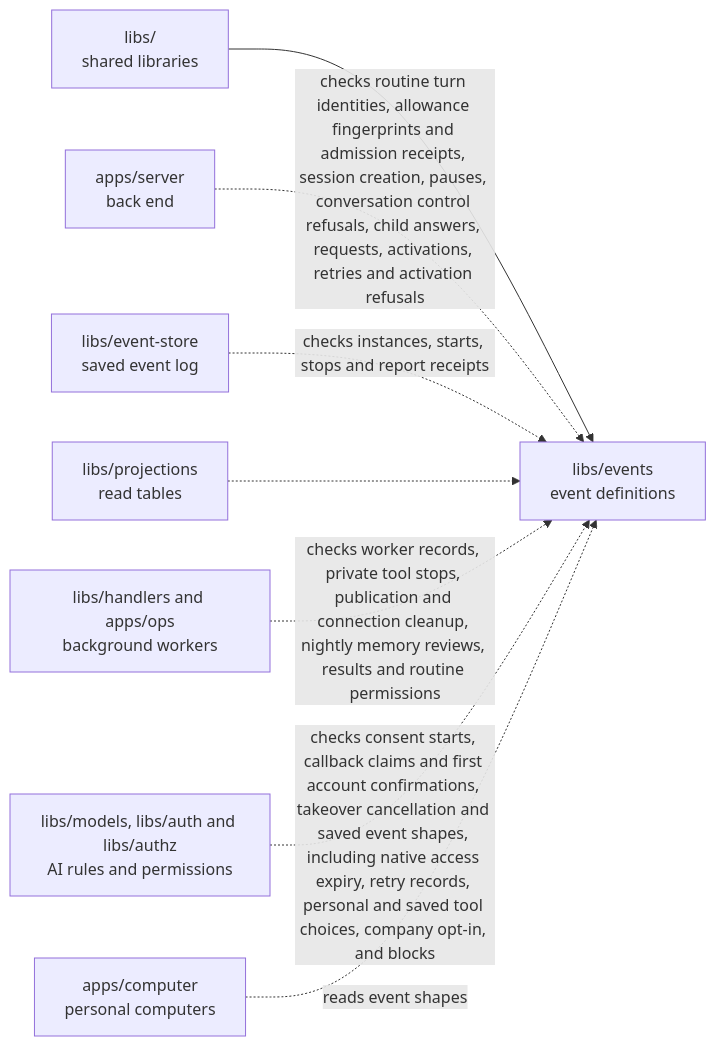
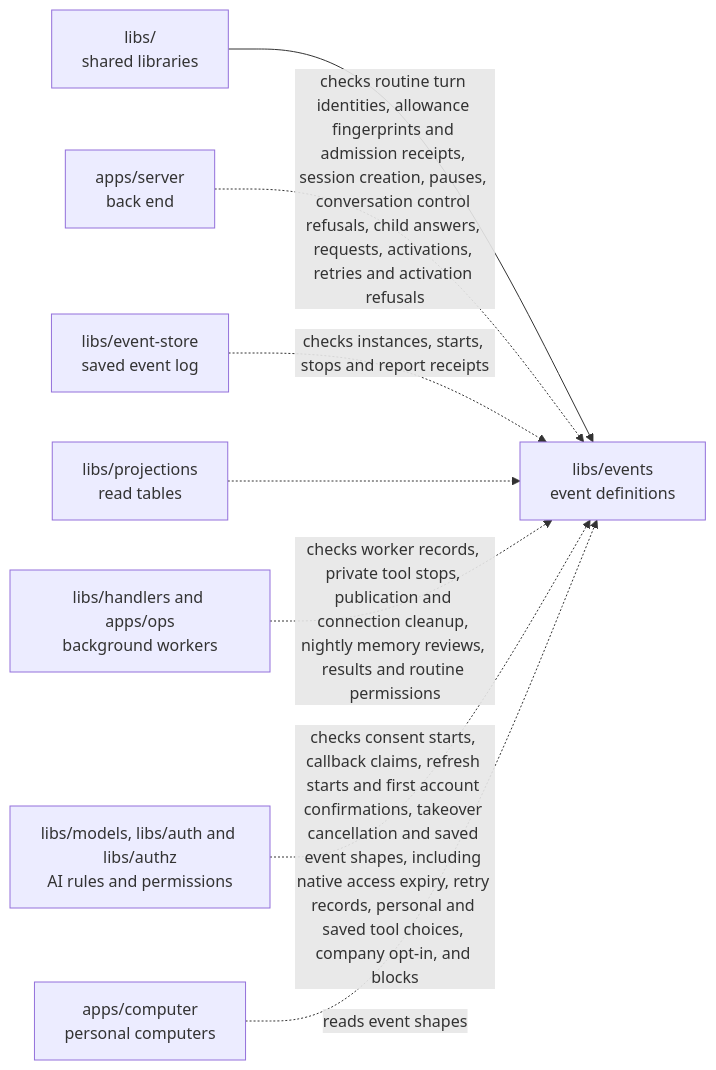
Before and after one commit to elewa-git/opencrane-new: the diagram in libs/events/README.md, drawn with Mermaid. The commit also changed other lines of this file and 15 other files, not shown here.

First line of the commit message:
🔑 OAuth refresh starts once per account generation, joins concurrent callers and recovers its exact receipt (#780)

````diff
--- a/libs/events/README.md
+++ b/libs/events/README.md
@@ -31,10 +34,10 @@
 ```mermaid
 flowchart LR
   parent["libs/<br/>shared libraries"] --> events["libs/events<br/>event definitions"]
   server["apps/server<br/>back end"] -.->|checks routine turn identities, allowance fingerprints and admission receipts, session creation, pauses, conversation control refusals, child answers, requests, activations, retries and activation refusals| events
   store["libs/event-store<br/>saved event log"] -.->|checks instances, starts, stops and report receipts| events
   projections["libs/projections<br/>read tables"] -.-> events
   workers["libs/handlers and apps/ops<br/>background workers"] -.->|checks worker records, private tool stops, publication and connection cleanup, nightly memory reviews, results and routine permissions| events
-  models["libs/models, libs/auth and libs/authz<br/>AI rules and permissions"] -.->|checks consent starts, callback claims and first account confirmations, takeover cancellation and saved event shapes, including native access expiry, retry records, personal and saved tool choices, company opt-in, and blocks| events
+  models["libs/models, libs/auth and libs/authz<br/>AI rules and permissions"] -.->|checks consent starts, callback claims, refresh starts and first account confirmations, takeover cancellation and saved event shapes, including native access expiry, retry records, personal and saved tool choices, company opt-in, and blocks| events
   computer["apps/computer<br/>personal computers"] -.->|reads event shapes| events
 ```
````
